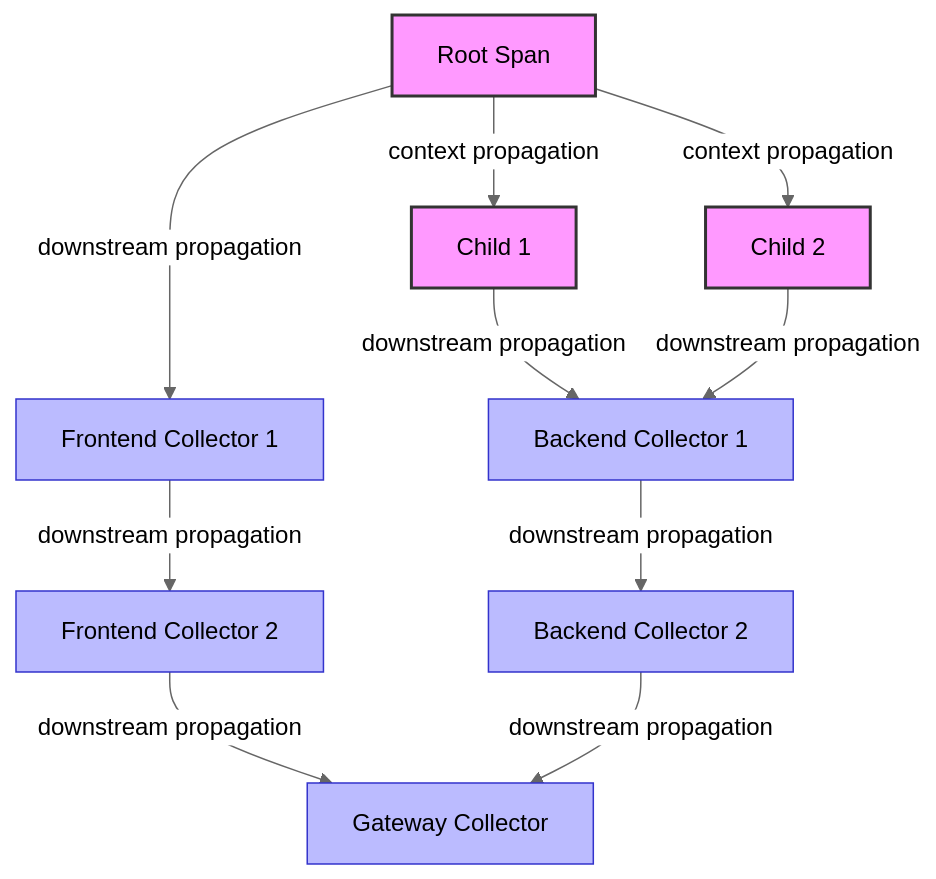
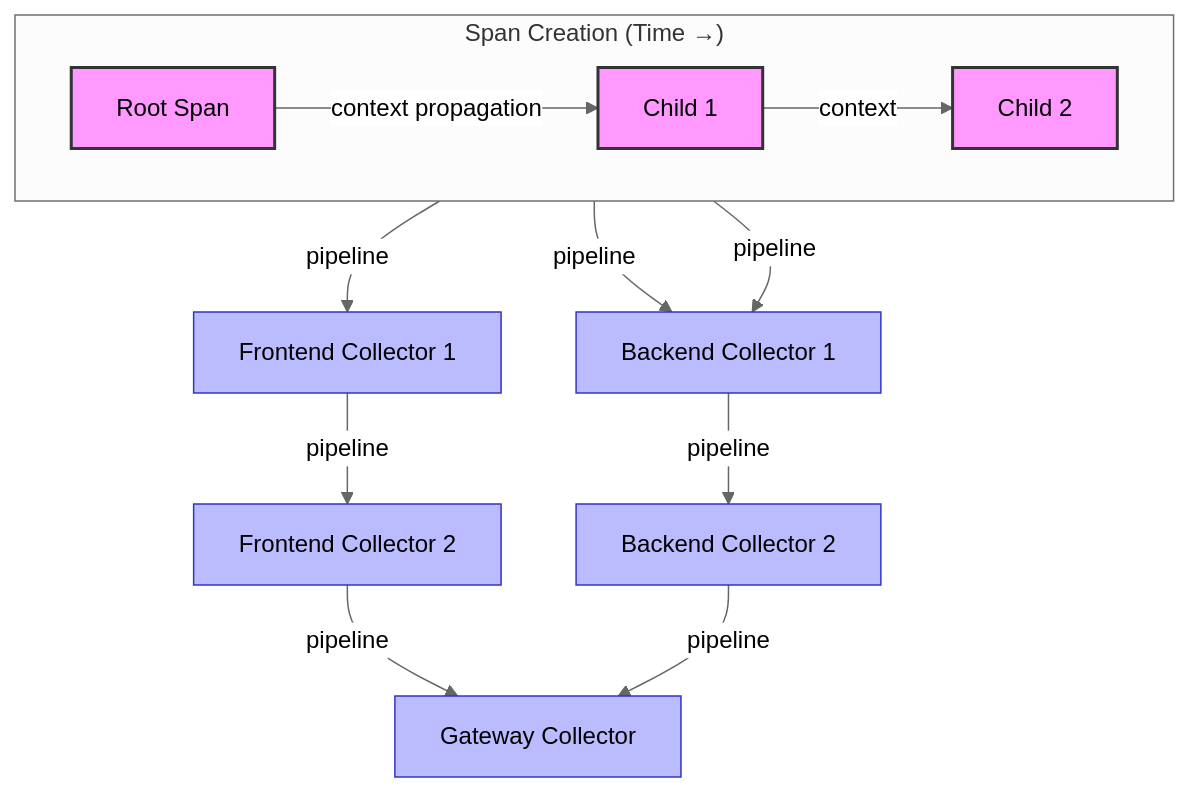
One commit to open-telemetry/opentelemetry-specification changed the diagram in specification/trace/tracestate-probability-sampling.md. Above: the diagram before and after it, drawn with Mermaid (neutral theme).

Commit message:
mermaid2

````diff
--- a/specification/trace/tracestate-probability-sampling.md
+++ b/specification/trace/tracestate-probability-sampling.md
@@ -148,21 +148,24 @@
 ```mermaid
 graph TD
-    Root["Root Span"] -->|context propagation| Child1["Child 1"]
-    Root -->|context propagation| Child2["Child 2"]
+    subgraph "Span Creation (Time →)"
+        direction LR
+        Root["Root Span"] -->|context propagation| Child1["Child 1"]
+        Child1 -->|context| Child2["Child 2"]
+    end
     
-    Root -->|downstream propagation| LC1["Frontend Collector 1"]
-    LC1 -->|downstream propagation| LC2["Frontend Collector 2"]
+    Root -->|pipeline| LC1["Frontend Collector 1"]
+    LC1 -->|pipeline| LC2["Frontend Collector 2"]
     
-    Child1 -->|downstream propagation| RC1["Backend Collector 1"]
-    Child2 -->|downstream propagation| RC1
-    RC1 -->|downstream propagation| RC2["Backend Collector 2"]
+    Child1 -->|pipeline| RC1["Backend Collector 1"]
+    Child2 -->|pipeline| RC1
+    RC1 -->|pipeline| RC2["Backend Collector 2"]
     
-    LC2 -->|downstream propagation| FC["Gateway Collector"]
-    RC2 -->|downstream propagation| FC
+    LC2 -->|pipeline| FC["Gateway Collector"]
+    RC2 -->|pipeline| FC
     
     classDef span fill:#f9f,stroke:#333,stroke-width:2px;
     classDef collector fill:#bbf,stroke:#33c,stroke-width:1px;
     
     class Root,Child1,Child2 span;
     class LC1,LC2,RC1,RC2,FC collector;
 ```
````
